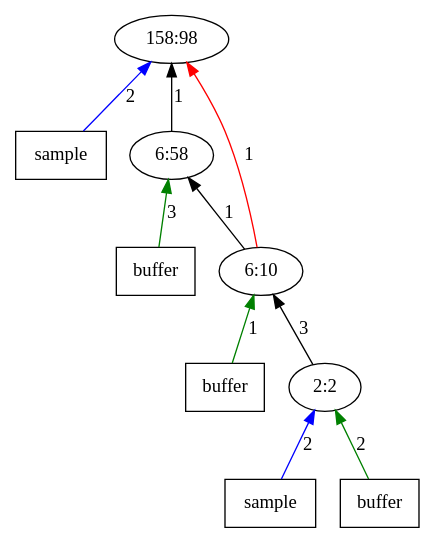
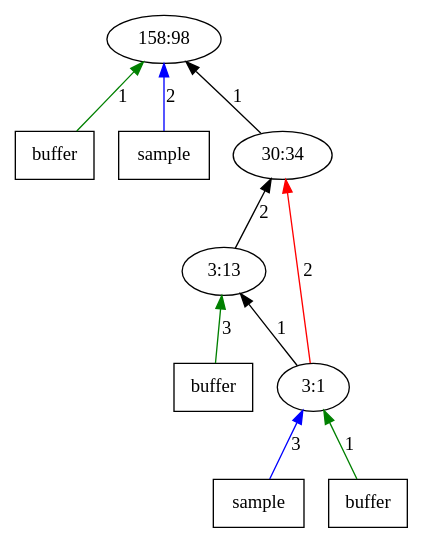
Before and after one commit to AbhikKhan/MTP_IITG: the diagram in outputTrees/op98.dot, drawn with Graphviz. The commit also changed 378 other files, not shown here.

```diff
--- a/outputTrees/op98.dot
+++ b/outputTrees/op98.dot
@@ -1,21 +1,21 @@
 digraph Tree{
 	rankdir="BT"
+	x12 -> 1 [label = "1", color = "green"];
+	x12 [label = "buffer", shape = "box"];
 	x11 -> 1 [label = "2", color = "blue"];
 	x11 [label = "sample", shape = "box"];
 	1 [label = "158:98"];
-	x22 -> 2 [label = "3", color = "green"];
-	x22 [label = "buffer", shape = "box"];
 	2 -> 1 [label = "1", color = "black"];
-	2 [label = "6:58"];
-	x32 -> 3 [label = "1", color = "green"];
+	2 [label = "30:34"];
+	3 -> 2 [label = "2", color = "black"];
+	x32 -> 3 [label = "3", color = "green"];
 	x32 [label = "buffer", shape = "box"];
-	3 -> 2 [label = "1", color = "black"];
-	3 -> 1 [label = "1", color = "red"];
-	3 [label = "6:10"];
-	4 -> 3 [label = "3", color = "black"];
-	x41 -> 4 [label = "2", color = "blue"];
+	3 [label = "3:13"];
+	4 -> 2 [label = "2", color = "red"];
+	4 -> 3 [label = "1", color = "black"];
+	x41 -> 4 [label = "3", color = "blue"];
 	x41 [label = "sample", shape = "box"];
-	x42 -> 4 [label = "2", color = "green"];
+	x42 -> 4 [label = "1", color = "green"];
 	x42 [label = "buffer", shape = "box"];
-	4 [label = "2:2"];
+	4 [label = "3:1"];
 }
```
